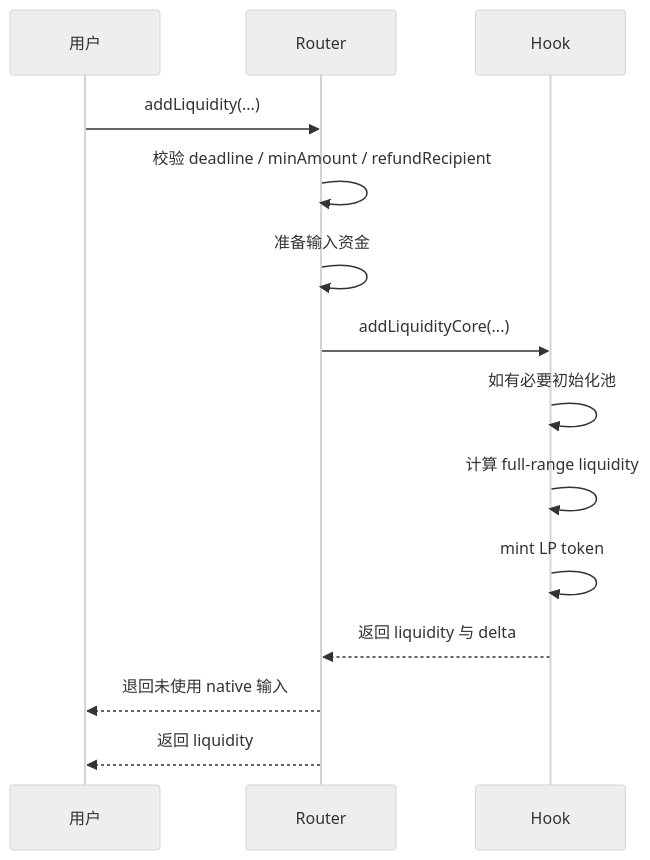
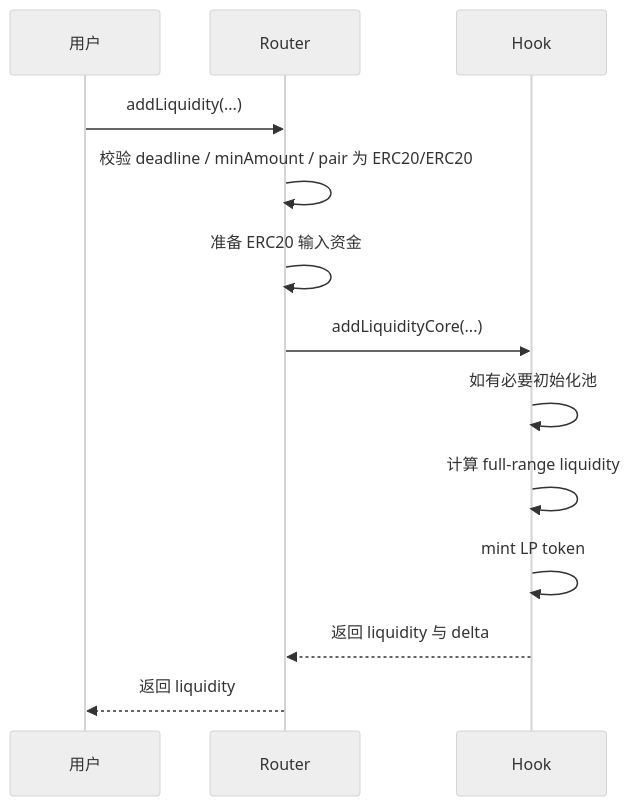
Before and after one commit to OutrunBuild/MemeverseV2: the fifth of 7 diagrams in docs/memeverse-swap/memeverse-swap-flow.md, drawn with Mermaid (neutral theme). The commit also changed other lines of this file and 5 other files, not shown here.

Commit message:
docs: clarify swap stack constraints and native currency handling in architecture and integration documents

````diff
--- a/docs/memeverse-swap/memeverse-swap-flow.md
+++ b/docs/memeverse-swap/memeverse-swap-flow.md
@@ -101,17 +103,16 @@
 ```mermaid
 sequenceDiagram
     participant U as 用户
     participant R as Router
     participant H as Hook
 
     U->>R: addLiquidity(...)
-    R->>R: 校验 deadline / minAmount / refundRecipient
-    R->>R: 准备输入资金
+    R->>R: 校验 deadline / minAmount / pair 为 ERC20/ERC20
+    R->>R: 准备 ERC20 输入资金
     R->>H: addLiquidityCore(...)
     H->>H: 如有必要初始化池
     H->>H: 计算 full-range liquidity
     H->>H: mint LP token
     H-->>R: 返回 liquidity 与 delta
-    R-->>U: 退回未使用 native 输入
     R-->>U: 返回 liquidity
 ```
````
